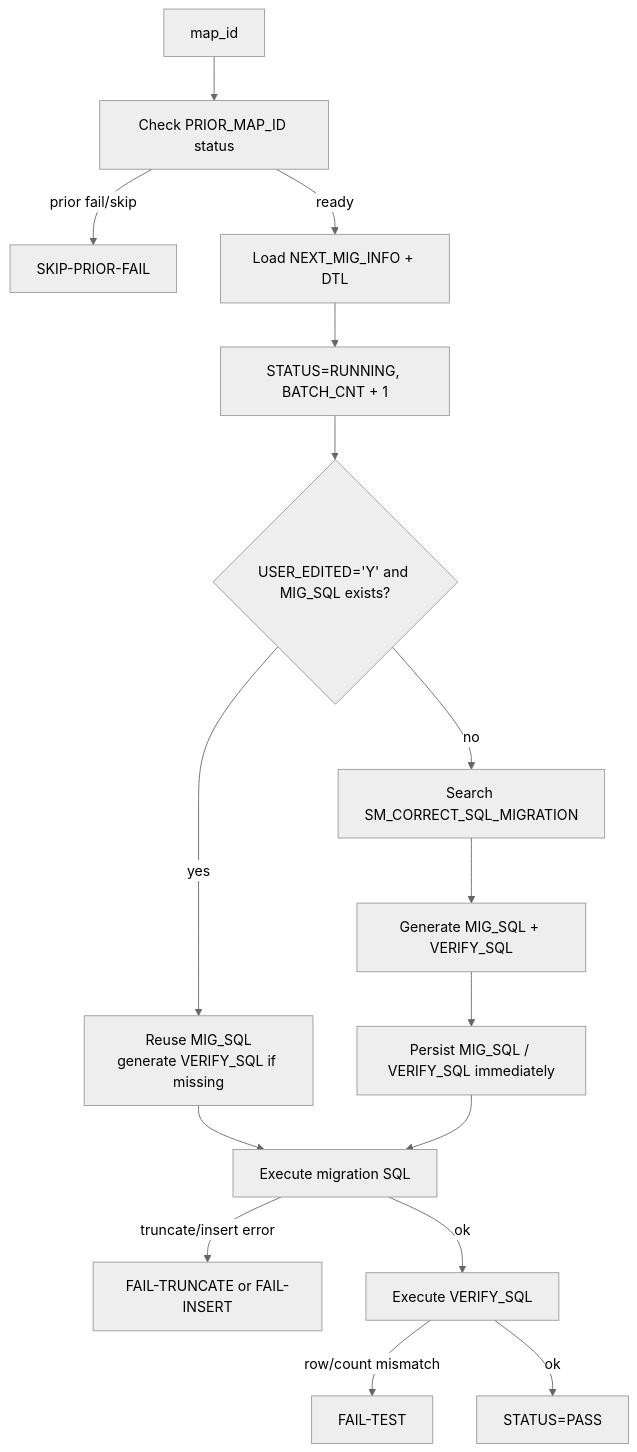
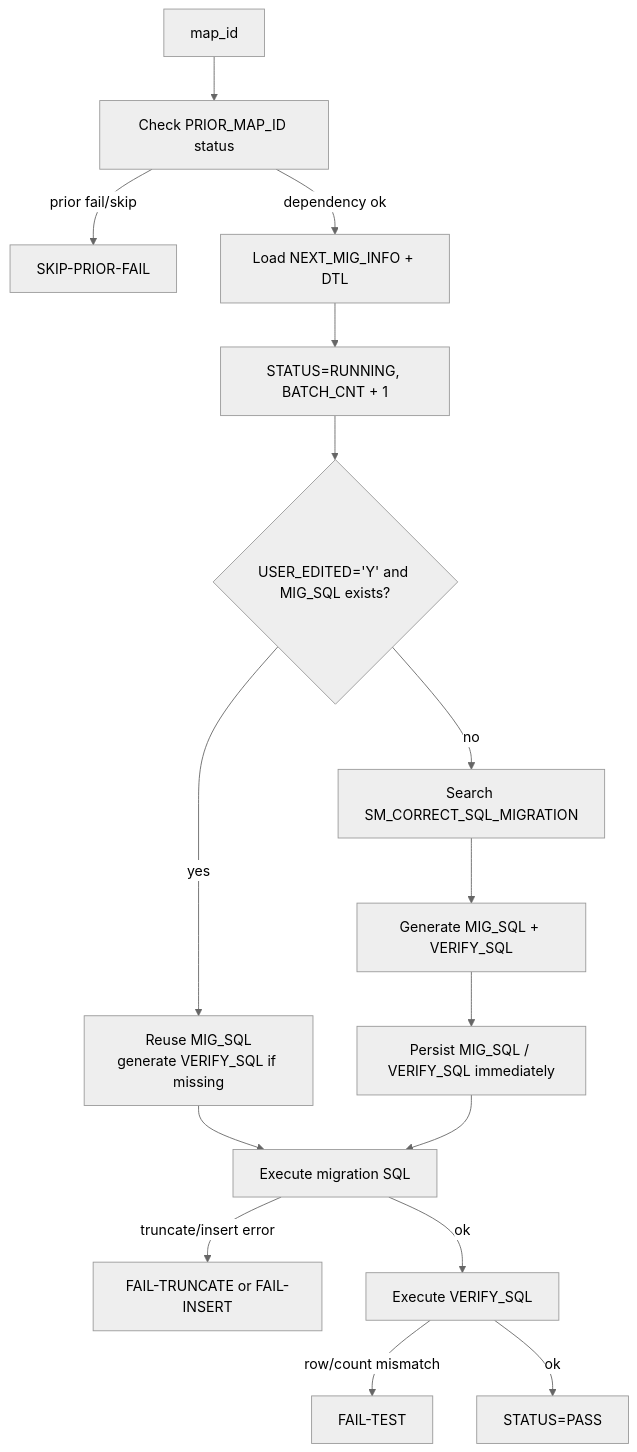
One commit to seongikjin227-jpg/refactoring_smartMigrate changed the second of 6 diagrams in smartMigrate_2.0_Langflow/00_guide/00_architecture_chapter4_domain_executors.md. Above: the diagram before and after it, drawn with Mermaid (neutral theme). The commit also changed 15 other files, not shown here.

````diff
--- a/smartMigrate_2.0_Langflow/00_guide/00_architecture_chapter4_domain_executors.md
+++ b/smartMigrate_2.0_Langflow/00_guide/00_architecture_chapter4_domain_executors.md
@@ -42,18 +42,18 @@
 ```mermaid
 flowchart TD
     J[map_id] --> PRIOR[Check PRIOR_MAP_ID status]
     PRIOR -->|prior fail/skip| SKIP[SKIP-PRIOR-FAIL]
-    PRIOR -->|ready| META[Load NEXT_MIG_INFO + DTL]
+    PRIOR -->|dependency ok| META[Load NEXT_MIG_INFO + DTL]
     META --> RUNNING[STATUS=RUNNING, BATCH_CNT + 1]
     RUNNING --> USER{USER_EDITED='Y' and MIG_SQL exists?}
     USER -->|yes| REUSE[Reuse MIG_SQL<br/>generate VERIFY_SQL if missing]
     USER -->|no| HINT[Search SM_CORRECT_SQL_MIGRATION]
     HINT --> GEN[Generate MIG_SQL + VERIFY_SQL]
     REUSE --> EXEC[Execute migration SQL]
     GEN --> SAVE_SQL[Persist MIG_SQL / VERIFY_SQL immediately]
     SAVE_SQL --> EXEC
     EXEC -->|truncate/insert error| FAILI[FAIL-TRUNCATE or FAIL-INSERT]
     EXEC -->|ok| VERIFY[Execute VERIFY_SQL]
     VERIFY -->|row/count mismatch| FAILT[FAIL-TEST]
     VERIFY -->|ok| PASS[STATUS=PASS]
 ```
````
